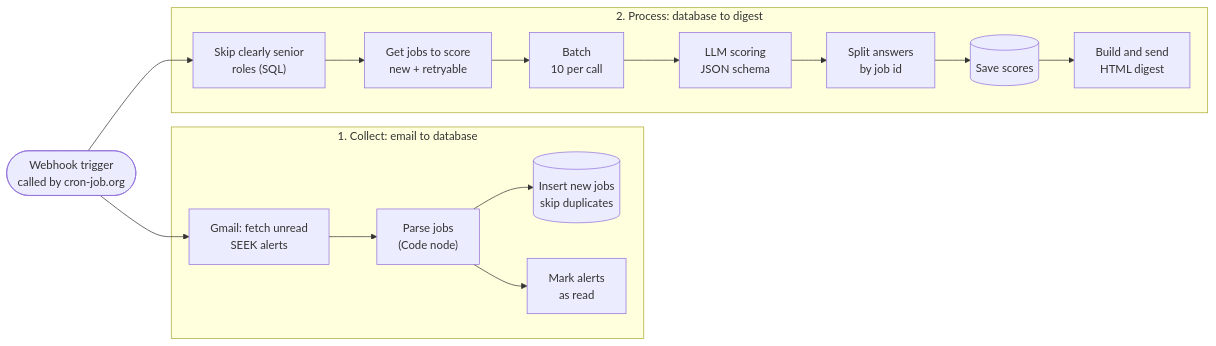
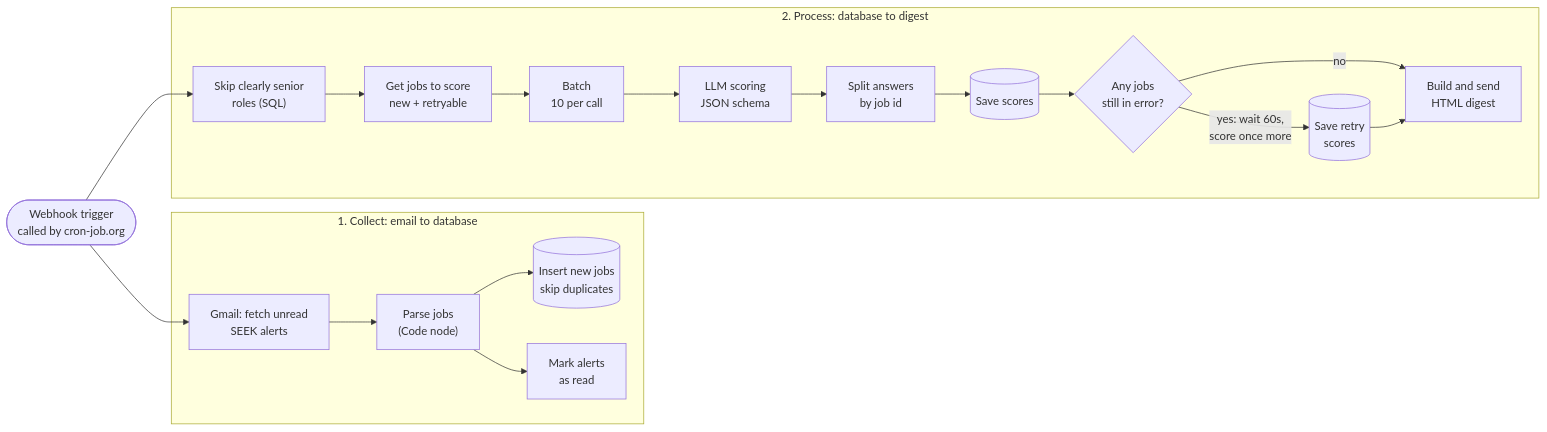
One commit to bilitixi/n8n-job-seek-workflow changed the diagram in README.md. Above: the diagram before and after it, drawn with Mermaid. The commit also changed other lines of this file and 6 other files, not shown here.

First line of the commit message:
Retry errored jobs once in the same run before sending the digest

````diff
--- a/README.md
+++ b/README.md
@@ -15,22 +15,25 @@
 ```mermaid
 flowchart LR
     T(["Webhook trigger<br/>called by cron-job.org"])
 
     subgraph COLLECT["1. Collect: email to database"]
         A1["Gmail: fetch unread<br/>SEEK alerts"] --> A2["Parse jobs<br/>(Code node)"]
         A2 --> A3[("Insert new jobs<br/>skip duplicates")]
         A2 --> A4["Mark alerts<br/>as read"]
     end
 
     subgraph PROCESS["2. Process: database to digest"]
         B1["Skip clearly senior<br/>roles (SQL)"] --> B2["Get jobs to score<br/>new + retryable"]
         B2 --> B3["Batch<br/>10 per call"]
         B3 --> B4["LLM scoring<br/>JSON schema"]
         B4 --> B5["Split answers<br/>by job id"]
         B5 --> B6[("Save scores")]
-        B6 --> B7["Build and send<br/>HTML digest"]
+        B6 --> B8{"Any jobs<br/>still in error?"}
+        B8 -- "yes: wait 60s,<br/>score once more" --> B9[("Save retry<br/>scores")]
+        B8 -- no --> B7["Build and send<br/>HTML digest"]
+        B9 --> B7
     end
 
     T --> A1
     T --> B1
 ```
````
